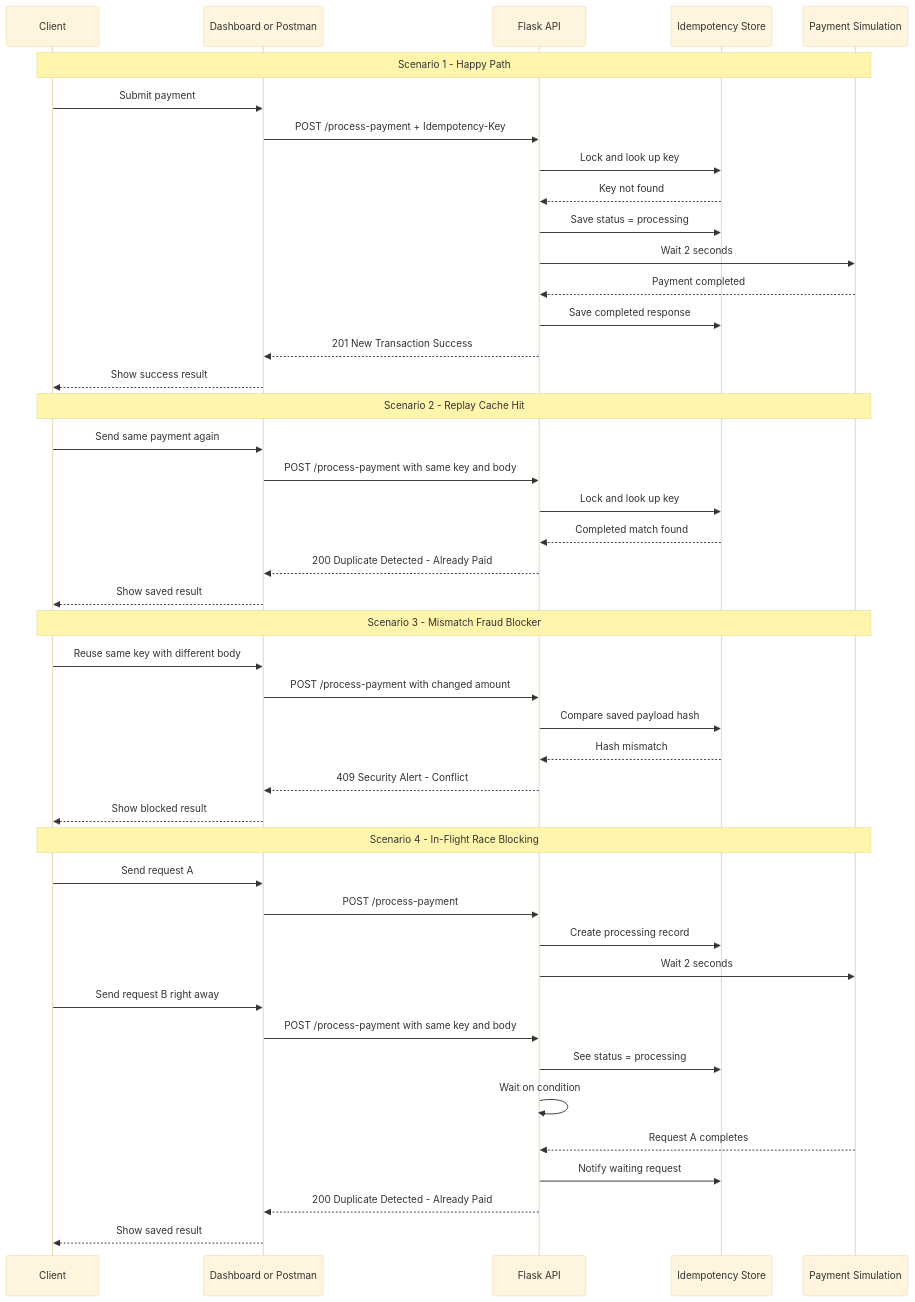
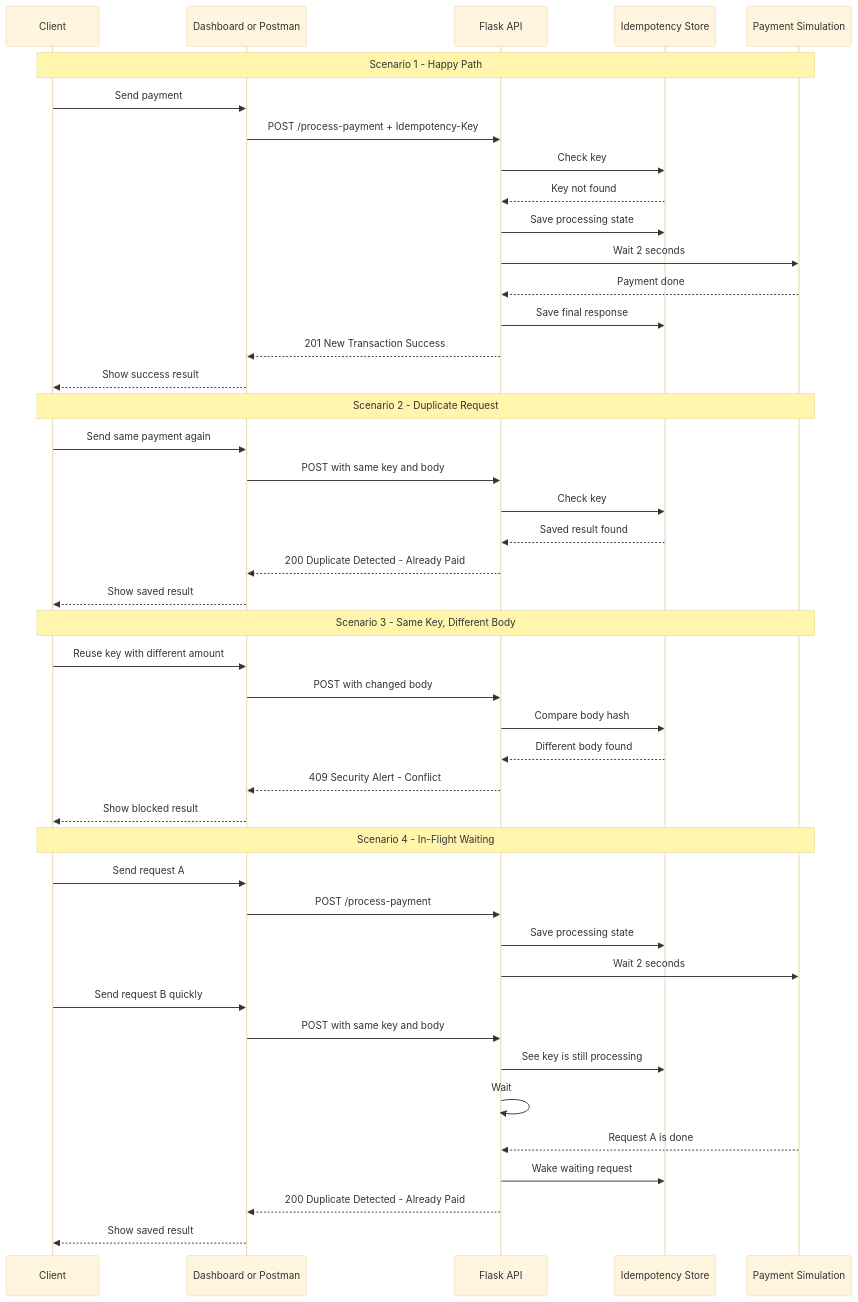
The diagram in README.md (am2aidi/amalitech-idempotency-gateway), drawn with Mermaid (base theme) before and after one commit. The commit also changed other lines of this file, not shown here.

````diff
--- a/README.md
+++ b/README.md
@@ -19,50 +23,50 @@
 ```mermaid
 sequenceDiagram
     participant Client
     participant UI as Dashboard or Postman
     participant API as Flask API
     participant Store as Idempotency Store
     participant Processor as Payment Simulation
 
     Note over Client,Processor: Scenario 1 - Happy Path
-    Client->>UI: Submit payment
+    Client->>UI: Send payment
     UI->>API: POST /process-payment + Idempotency-Key
-    API->>Store: Lock and look up key
+    API->>Store: Check key
     Store-->>API: Key not found
-    API->>Store: Save status = processing
+    API->>Store: Save processing state
     API->>Processor: Wait 2 seconds
-    Processor-->>API: Payment completed
-    API->>Store: Save completed response
+    Processor-->>API: Payment done
+    API->>Store: Save final response
     API-->>UI: 201 New Transaction Success
     UI-->>Client: Show success result
 
-    Note over Client,Processor: Scenario 2 - Replay Cache Hit
+    Note over Client,Processor: Scenario 2 - Duplicate Request
     Client->>UI: Send same payment again
-    UI->>API: POST /process-payment with same key and body
-    API->>Store: Lock and look up key
-    Store-->>API: Completed match found
+    UI->>API: POST with same key and body
+    API->>Store: Check key
+    Store-->>API: Saved result found
     API-->>UI: 200 Duplicate Detected - Already Paid
     UI-->>Client: Show saved result
 
-    Note over Client,Processor: Scenario 3 - Mismatch Fraud Blocker
-    Client->>UI: Reuse same key with different body
-    UI->>API: POST /process-payment with changed amount
-    API->>Store: Compare saved payload hash
-    Store-->>API: Hash mismatch
+    Note over Client,Processor: Scenario 3 - Same Key, Different Body
+    Client->>UI: Reuse key with different amount
+    UI->>API: POST with changed body
+    API->>Store: Compare body hash
+    Store-->>API: Different body found
     API-->>UI: 409 Security Alert - Conflict
     UI-->>Client: Show blocked result
 
-    Note over Client,Processor: Scenario 4 - In-Flight Race Blocking
+    Note over Client,Processor: Scenario 4 - In-Flight Waiting
     Client->>UI: Send request A
     UI->>API: POST /process-payment
-    API->>Store: Create processing record
+    API->>Store: Save processing state
     API->>Processor: Wait 2 seconds
-    Client->>UI: Send request B right away
-    UI->>API: POST /process-payment with same key and body
-    API->>Store: See status = processing
-    API->>API: Wait on condition
-    Processor-->>API: Request A completes
-    API->>Store: Notify waiting request
+    Client->>UI: Send request B quickly
+    UI->>API: POST with same key and body
+    API->>Store: See key is still processing
+    API->>API: Wait
+    Processor-->>API: Request A is done
+    API->>Store: Wake waiting request
     API-->>UI: 200 Duplicate Detected - Already Paid
     UI-->>Client: Show saved result
 ```
````
